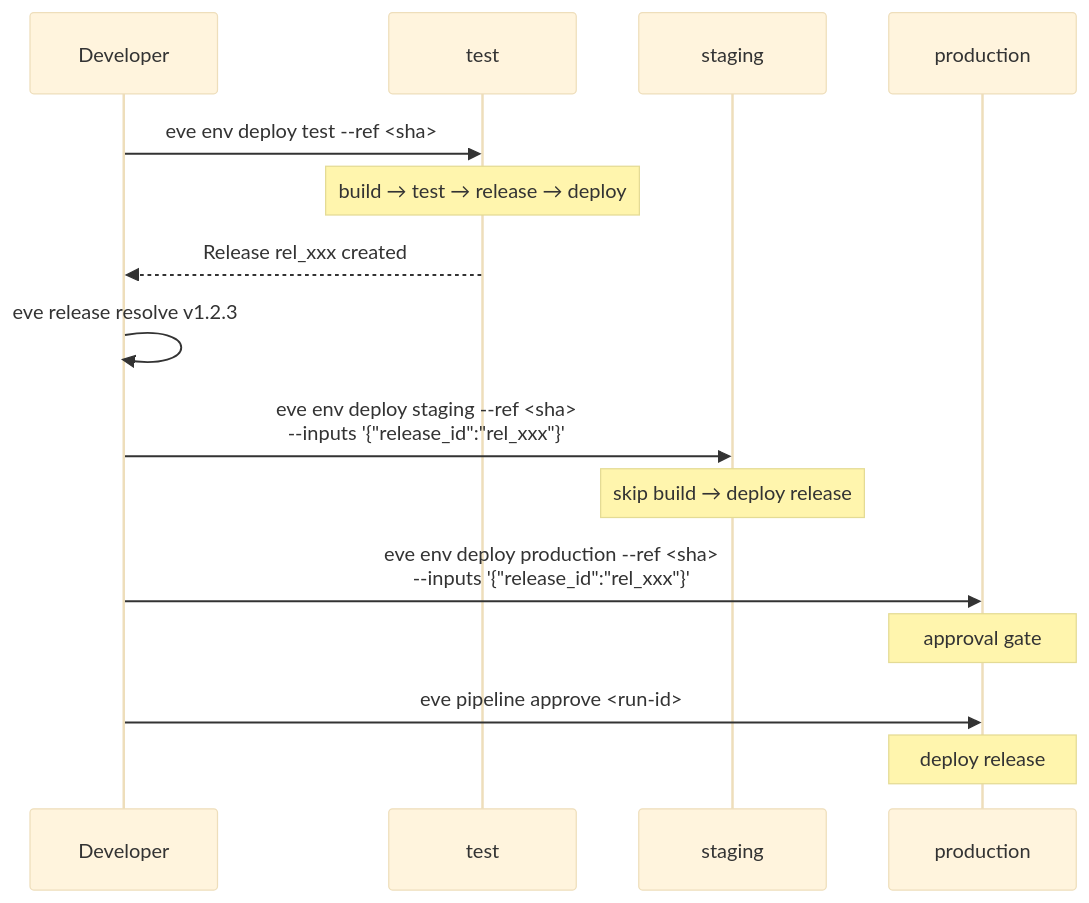
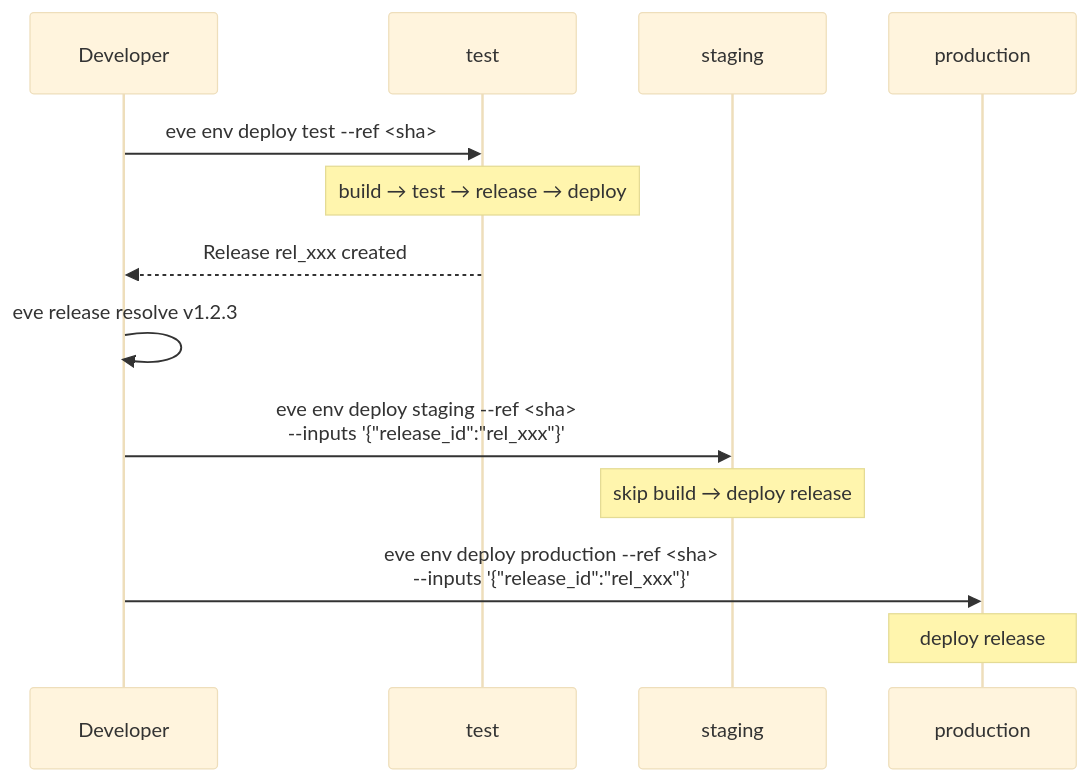
The diagram in website/docs/guides/environments.md (eve-horizon/eve-horizon-docs), drawn with Mermaid (base theme) before and after one commit. The commit also changed other lines of this file and 4 other files, not shown here.

````diff
--- a/website/docs/guides/environments.md
+++ b/website/docs/guides/environments.md
@@ -190,20 +176,18 @@
 ```mermaid
 sequenceDiagram
     participant Dev as Developer
     participant Test as test
     participant Staging as staging
     participant Prod as production
 
     Dev->>Test: eve env deploy test --ref <sha>
     Note over Test: build → test → release → deploy
     Test-->>Dev: Release rel_xxx created
 
     Dev->>Dev: eve release resolve v1.2.3
     Dev->>Staging: eve env deploy staging --ref <sha><br/>--inputs '{"release_id":"rel_xxx"}'
     Note over Staging: skip build → deploy release
 
     Dev->>Prod: eve env deploy production --ref <sha><br/>--inputs '{"release_id":"rel_xxx"}'
-    Note over Prod: approval gate
-    Dev->>Prod: eve pipeline approve <run-id>
     Note over Prod: deploy release
 ```
````
